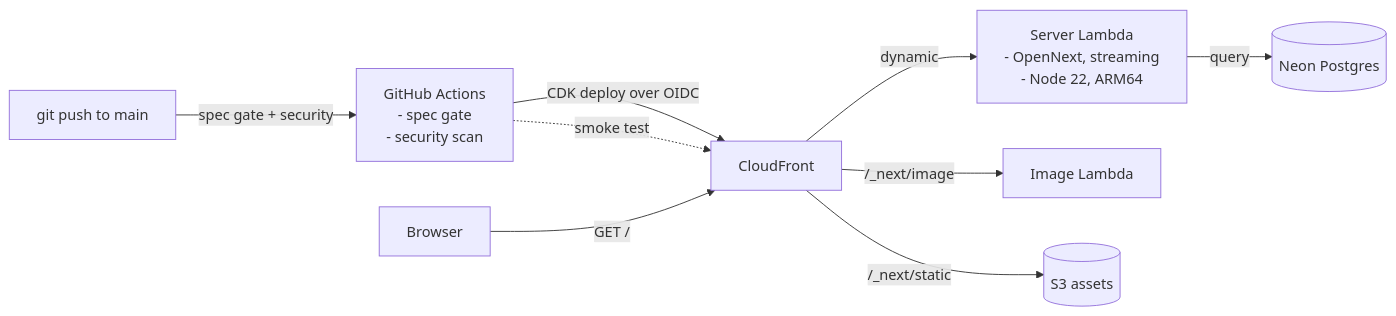
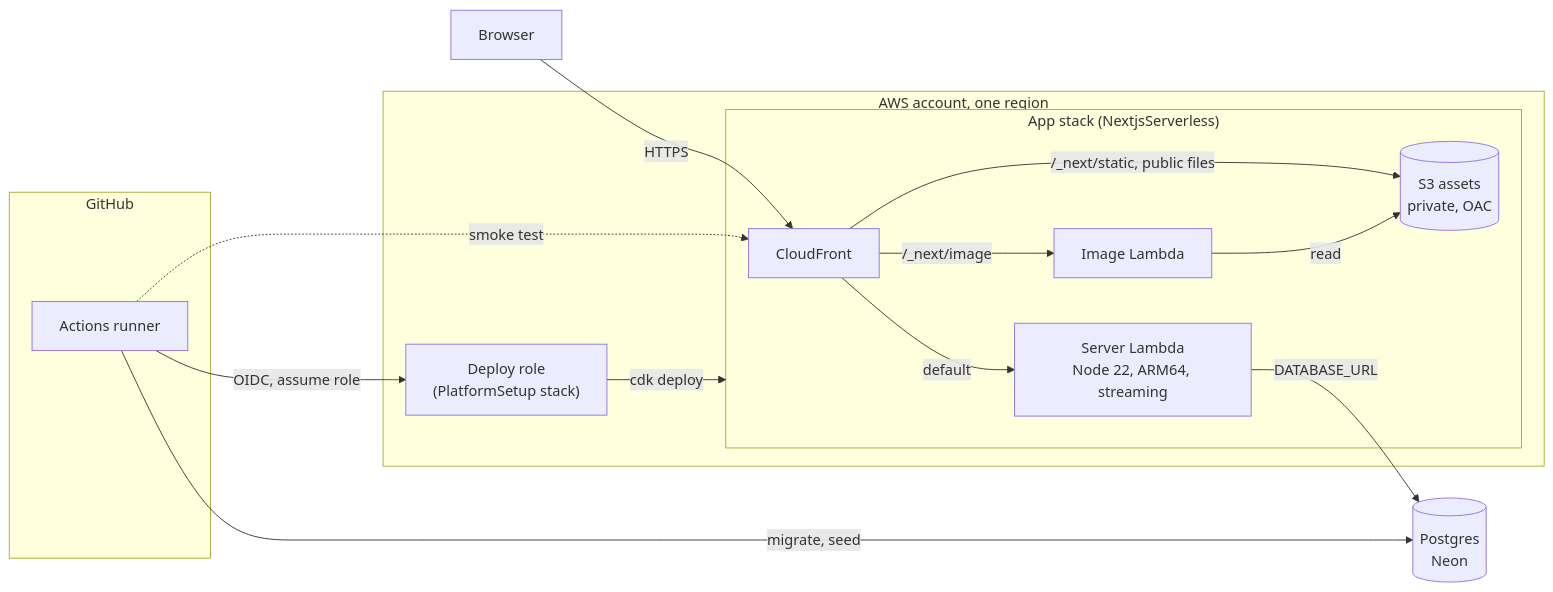
Before and after one commit to elleskay/platform: the sixth of 6 diagrams in README.md, drawn with Mermaid. The commit also changed other lines of this file, not shown here.

````diff
--- a/README.md
+++ b/README.md
@@ -268,11 +284,26 @@
 ```mermaid
 flowchart LR
-  Push["git push to main"] -->|"spec gate + security"| GA["GitHub Actions<br/>- spec gate<br/>- security scan"]
-  GA -->|"CDK deploy over OIDC"| CF["CloudFront"]
-  GA -.->|"smoke test"| CF
-  Browser["Browser"] -->|"GET /"| CF
-  CF -->|"dynamic"| SRV["Server Lambda<br/>- OpenNext, streaming<br/>- Node 22, ARM64"]
-  CF -->|"/_next/image"| IMG["Image Lambda"]
-  CF -->|"/_next/static"| S3[("S3 assets")]
-  SRV -->|"query"| Neon[("Neon Postgres")]
+  Browser["Browser"] -->|"HTTPS"| CF
+  subgraph gh["GitHub"]
+    RUN["Actions runner"]
+  end
+  subgraph aws["AWS account, one region"]
+    ROLE["Deploy role<br/>(PlatformSetup stack)"]
+    subgraph stack["App stack (NextjsServerless)"]
+      CF["CloudFront"]
+      SRV["Server Lambda<br/>Node 22, ARM64, streaming"]
+      IMG["Image Lambda"]
+      S3[("S3 assets<br/>private, OAC")]
+    end
+  end
+  DB[("Postgres<br/>Neon")]
+  CF -->|"default"| SRV
+  CF -->|"/_next/image"| IMG
+  CF -->|"/_next/static, public files"| S3
+  IMG -->|"read"| S3
+  SRV -->|"DATABASE_URL"| DB
+  RUN -->|"OIDC, assume role"| ROLE
+  ROLE -->|"cdk deploy"| stack
+  RUN -->|"migrate, seed"| DB
+  RUN -.->|"smoke test"| CF
 ```
````
